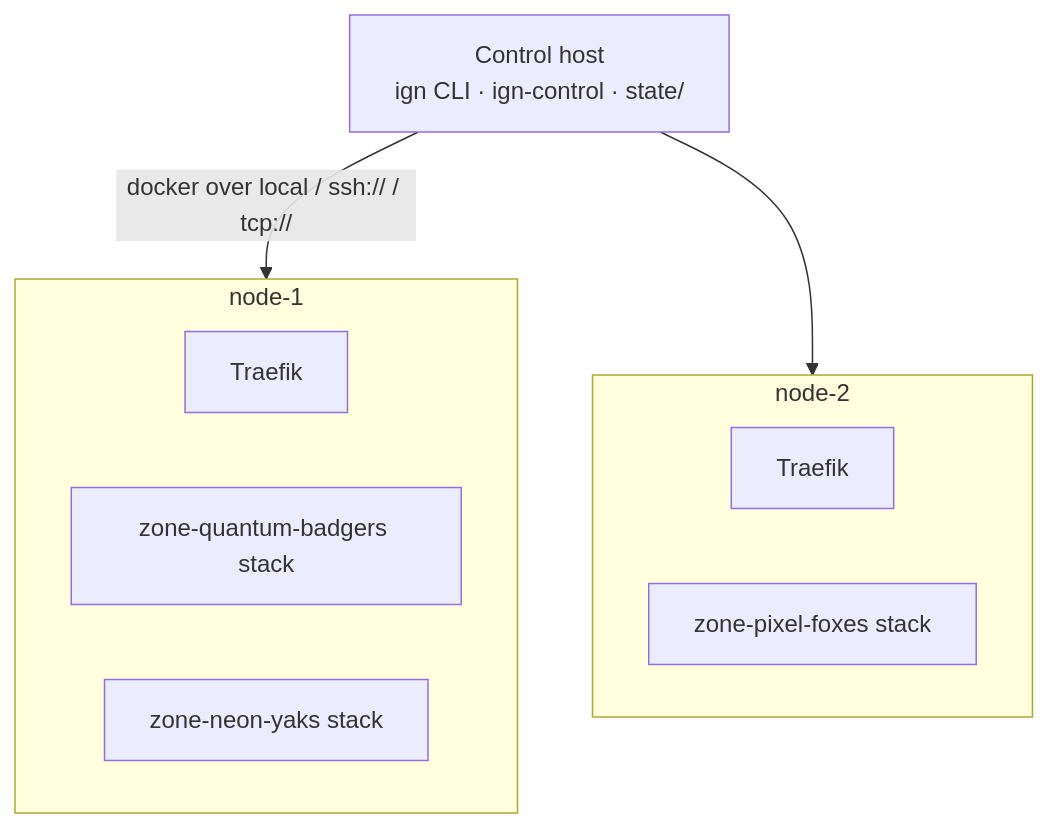
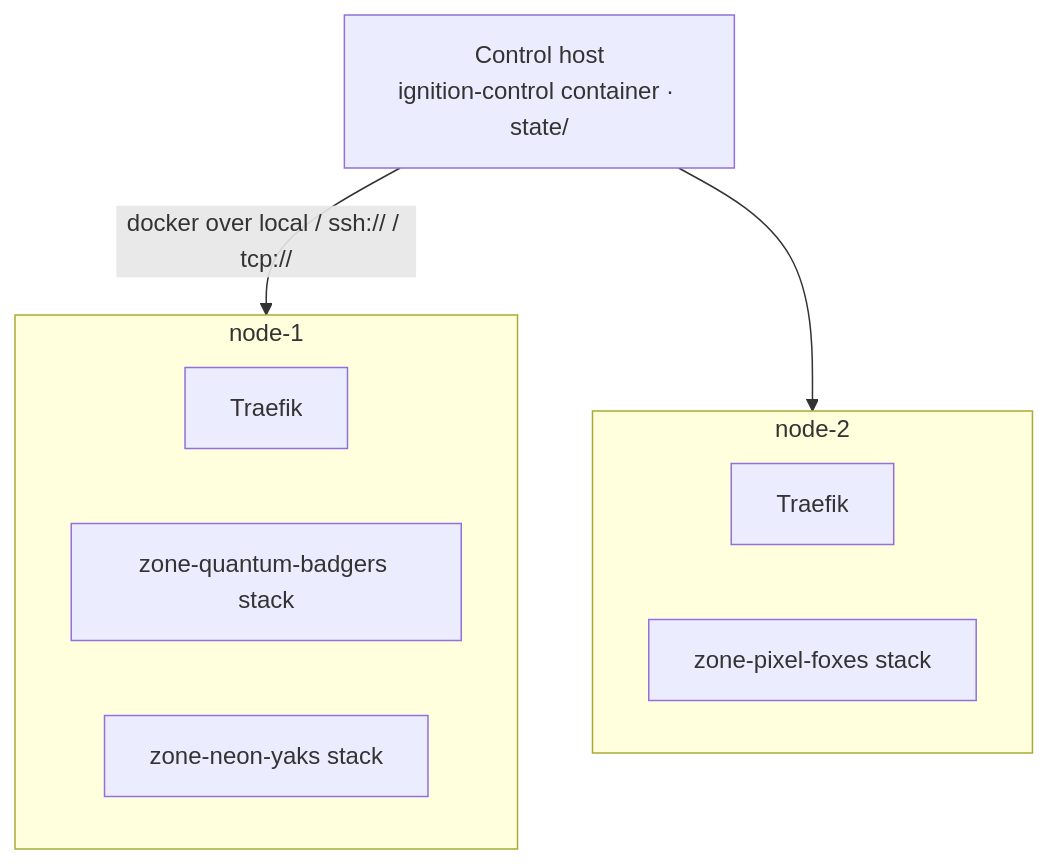
Before and after one commit to johnjoeallen/ignition: the first of 4 diagrams in docs/architecture.md, drawn with Mermaid. The commit also changed other lines of this file and 22 other files, not shown here.

First line of the commit message:
Cut over to ignition-control (DESIGN.md step 9)

````diff
--- a/docs/architecture.md
+++ b/docs/architecture.md
@@ -39,16 +33,16 @@
 ```mermaid
 flowchart TB
-    ch["Control host<br/>ign CLI · ign-control · state/"]
+    ch["Control host<br/>ignition-control container · state/"]
     ch -->|"docker over local / ssh:// / tcp://"| n1
     ch -->|"    "| n2
 
     subgraph n1["node-1"]
         t1["Traefik"]
         za["zone-quantum-badgers stack"]
         zc["zone-neon-yaks stack"]
     end
     subgraph n2["node-2"]
         t2["Traefik"]
         zb["zone-pixel-foxes stack"]
     end
 ```
````
